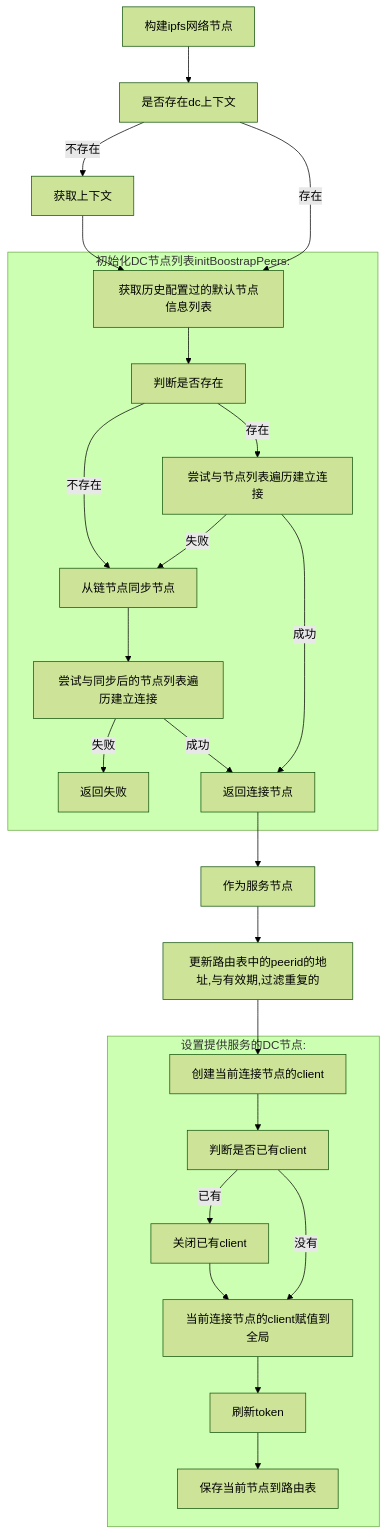
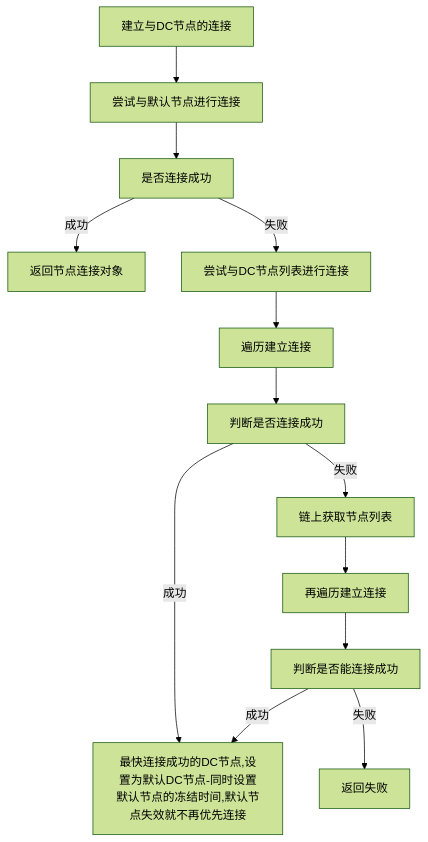
One commit to dcnetio/web-dc-api changed the second of 6 diagrams in 初始化逻辑.md. Above: the diagram before and after it, drawn with Mermaid (forest theme). The commit also changed other lines of this file, not shown here.

````diff
--- a/初始化逻辑.md
+++ b/初始化逻辑.md
@@ -12,27 +17,10 @@
 ```mermaid
 graph TD
-构建ipfs网络节点 --> 是否存在dc上下文
-是否存在dc上下文 -- 不存在 --> 获取上下文 --> 获取历史配置过的默认节点信息列表
-是否存在dc上下文 -- 存在 --> 获取历史配置过的默认节点信息列表
-
-subgraph 初始化DC节点列表initBoostrapPeers:
-获取历史配置过的默认节点信息列表 --> 判断是否存在
-判断是否存在 -- 不存在 --> 从链节点同步节点
-判断是否存在 -- 存在 --> 尝试与节点列表遍历建立连接
-尝试与节点列表遍历建立连接 -- 失败 --> 从链节点同步节点
-从链节点同步节点 --> 尝试与同步后的节点列表遍历建立连接
-尝试与节点列表遍历建立连接 -- 成功 --> 返回连接节点
-尝试与同步后的节点列表遍历建立连接 -- 失败 --> 返回失败
-尝试与同步后的节点列表遍历建立连接 -- 成功 --> 返回连接节点
-end
-
-返回连接节点 --> 作为服务节点 --> 更新路由表中的peerid的地址,与有效期,过滤重复的 --> 创建当前连接节点的client
-
-
-subgraph 设置提供服务的DC节点:
-创建当前连接节点的client --> 判断是否已有client
-判断是否已有client -- 已有 --> 关闭已有client --> 当前连接节点的client赋值到全局
-判断是否已有client -- 没有 --> 当前连接节点的client赋值到全局 --> 刷新token --> 保存当前节点到路由表
-end
-
+建立与DC节点的连接--> 尝试与默认节点进行连接 --> 是否连接成功
+是否连接成功 -- 成功 --> 返回节点连接对象
+是否连接成功 -- 失败 --> 尝试与DC节点列表进行连接 --> 遍历建立连接 --> 判断是否连接成功 
+判断是否连接成功 -- 成功 --> 最快连接成功的DC节点,设置为默认DC节点-同时设置默认节点的冻结时间,默认节点失效就不再优先连接
+判断是否连接成功 -- 失败 --> 链上获取节点列表 --> 再遍历建立连接 --> 判断是否能连接成功
+判断是否能连接成功 -- 成功 --> 最快连接成功的DC节点,设置为默认DC节点-同时设置默认节点的冻结时间,默认节点失效就不再优先连接
+判断是否能连接成功 -- 失败 --> 返回失败
 ```
````
